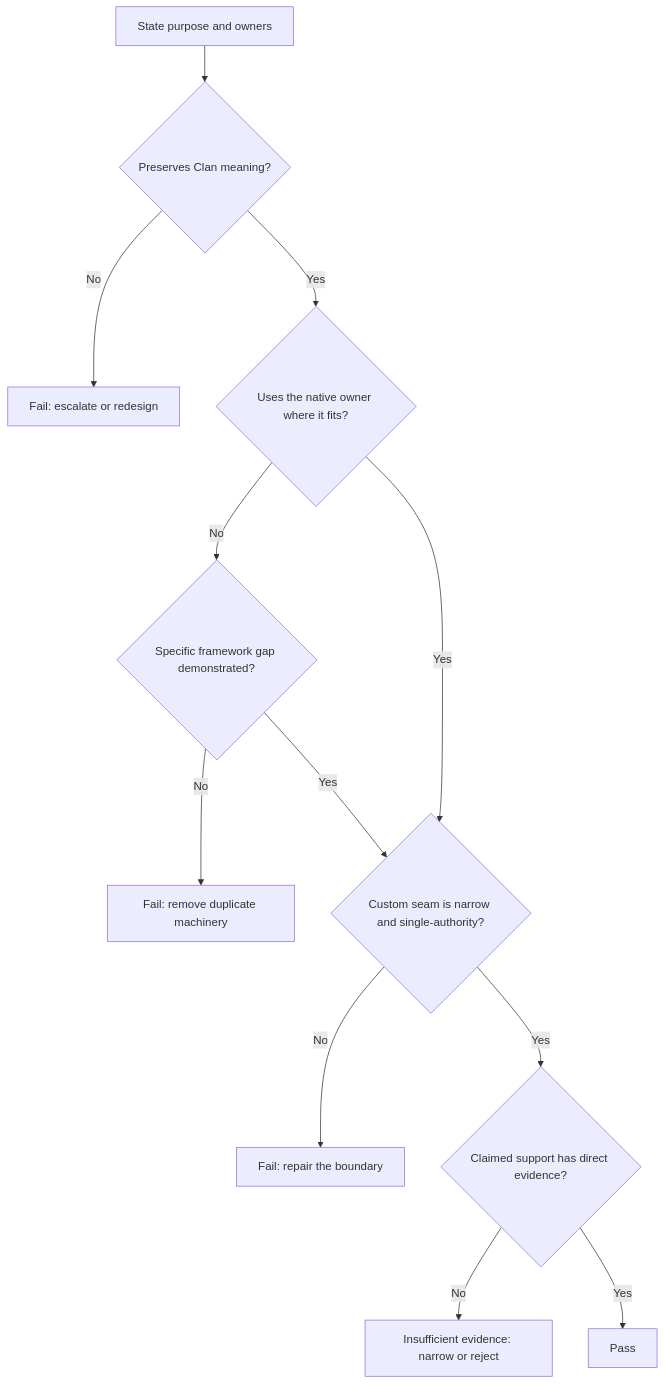
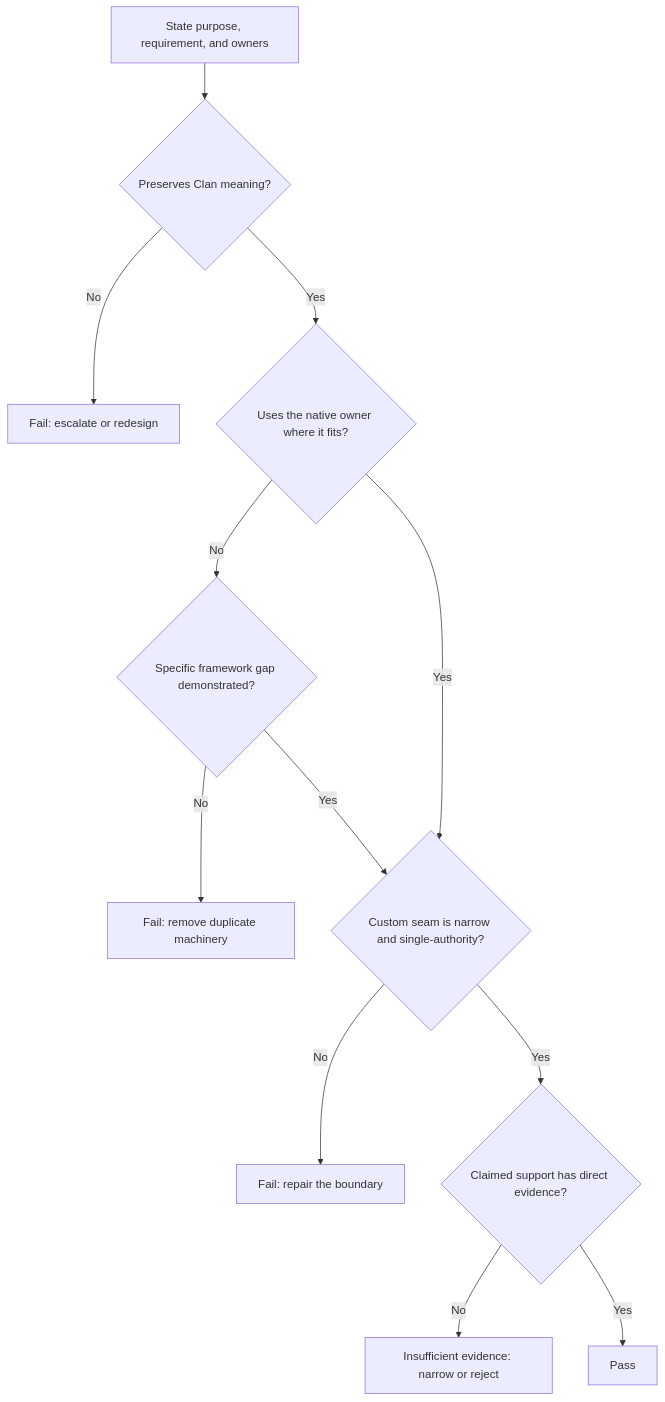
One commit to smithblack-0/ClanBasedTuning changed the diagram in docs/reviews/framework_native_review.md. Above: the diagram before and after it, drawn with Mermaid. The commit also changed other lines of this file, not shown here.

````diff
--- a/docs/reviews/framework_native_review.md
+++ b/docs/reviews/framework_native_review.md
@@ -23,14 +26,14 @@
 ```mermaid
 flowchart TD
-    A[State purpose and owners] --> B{Preserves Clan meaning?}
+    A[State purpose, requirement, and owners] --> B{Preserves Clan meaning?}
     B -- No --> X[Fail: escalate or redesign]
     B -- Yes --> C{Uses the native owner where it fits?}
     C -- No --> D{Specific framework gap demonstrated?}
     D -- No --> Y[Fail: remove duplicate machinery]
     D -- Yes --> E{Custom seam is narrow and single-authority?}
     C -- Yes --> E
     E -- No --> Z[Fail: repair the boundary]
     E -- Yes --> F{Claimed support has direct evidence?}
     F -- No --> Q[Insufficient evidence: narrow or reject]
     F -- Yes --> P[Pass]
 ```
````
